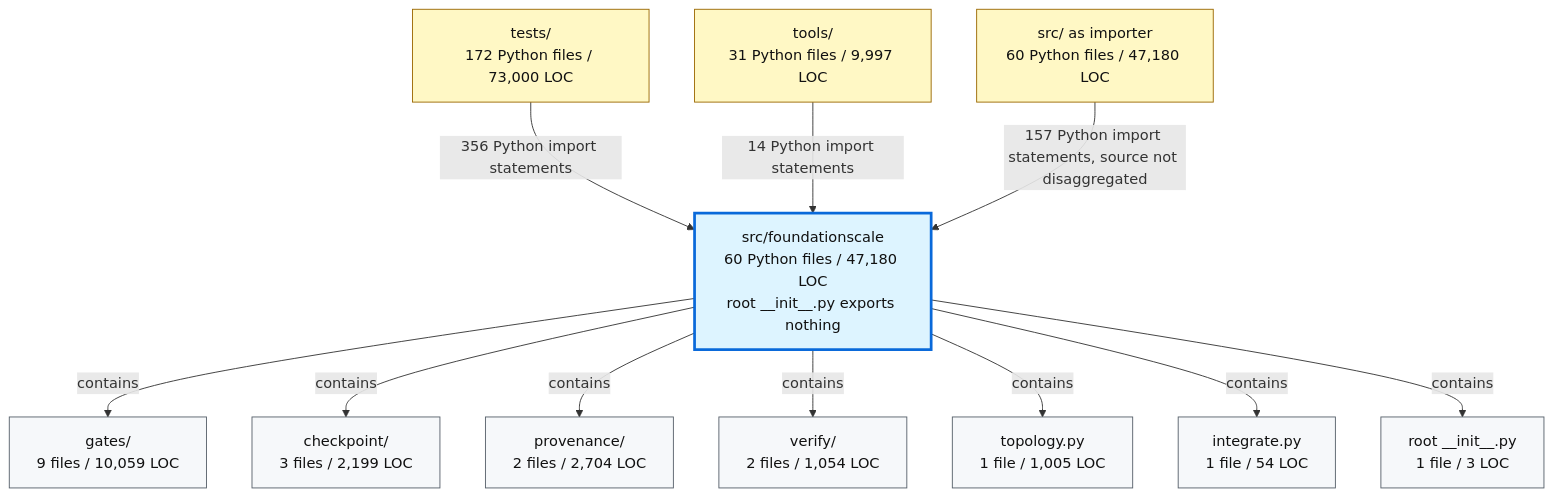
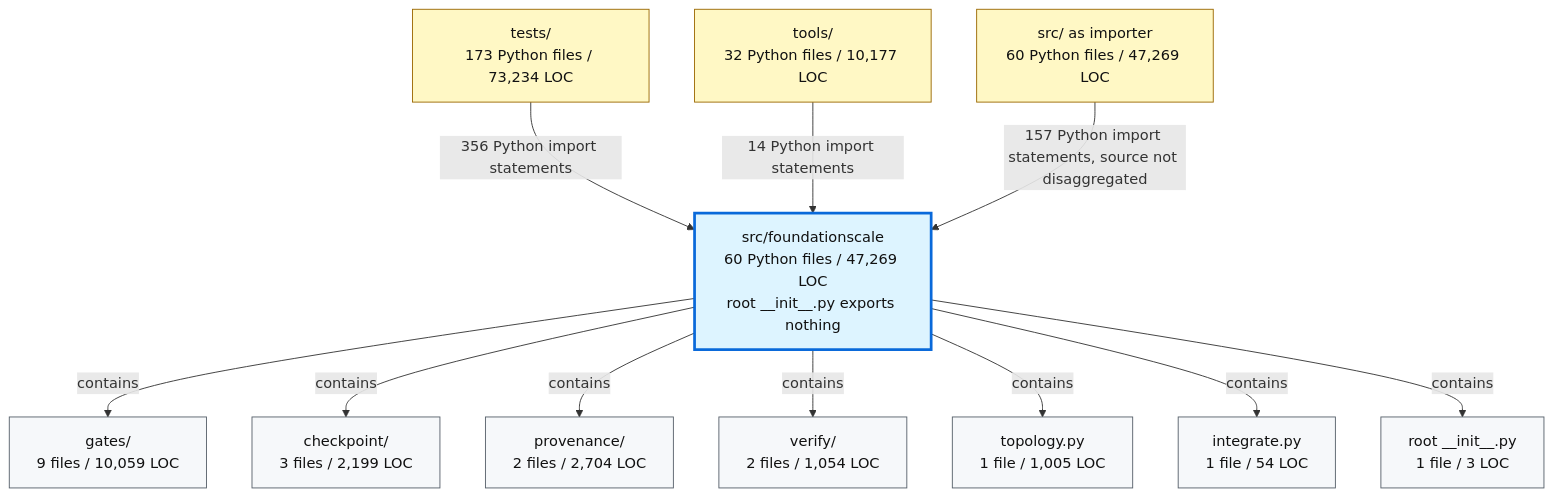
One commit to TranNhiem/FoundationScale changed the second of 2 diagrams in docs/review/D2_current_architecture.md. Above: the diagram before and after it, drawn with Mermaid. The commit also changed other lines of this file and 12 other files, not shown here.

````diff
--- a/docs/review/D2_current_architecture.md
+++ b/docs/review/D2_current_architecture.md
@@ -97,36 +97,36 @@
 ```mermaid
 flowchart TB
-  TESTS["tests/<br/>172 Python files / 73,000 LOC"]
-  TOOLS["tools/<br/>31 Python files / 9,997 LOC"]
-  SRC["src/ as importer<br/>60 Python files / 47,180 LOC"]
+  TESTS["tests/<br/>173 Python files / 73,234 LOC"]
+  TOOLS["tools/<br/>32 Python files / 10,177 LOC"]
+  SRC["src/ as importer<br/>60 Python files / 47,269 LOC"]
 
-  FS["src/foundationscale<br/>60 Python files / 47,180 LOC<br/>root __init__.py exports nothing"]
+  FS["src/foundationscale<br/>60 Python files / 47,269 LOC<br/>root __init__.py exports nothing"]
 
   GATES["gates/<br/>9 files / 10,059 LOC"]
   CKPT["checkpoint/<br/>3 files / 2,199 LOC"]
   PROV["provenance/<br/>2 files / 2,704 LOC"]
   VERIFY["verify/<br/>2 files / 1,054 LOC"]
   TOPO["topology.py<br/>1 file / 1,005 LOC"]
   INTEG["integrate.py<br/>1 file / 54 LOC"]
   ROOT["root __init__.py<br/>1 file / 3 LOC"]
 
   TESTS -->|"356 Python import statements"| FS
   TOOLS -->|"14 Python import statements"| FS
   SRC -->|"157 Python import statements, source not disaggregated"| FS
 
   FS -->|"contains"| GATES
   FS -->|"contains"| CKPT
   FS -->|"contains"| PROV
   FS -->|"contains"| VERIFY
   FS -->|"contains"| TOPO
   FS -->|"contains"| INTEG
   FS -->|"contains"| ROOT
 
   classDef consumer fill:#fff8c5,stroke:#9a6700,color:#111;
   classDef package fill:#ddf4ff,stroke:#0969da,stroke-width:3px,color:#111;
   classDef module fill:#f6f8fa,stroke:#57606a,color:#111;
 
   class TESTS,TOOLS,SRC consumer;
   class FS package;
   class GATES,CKPT,PROV,VERIFY,TOPO,INTEG,ROOT module;
 ```
````
